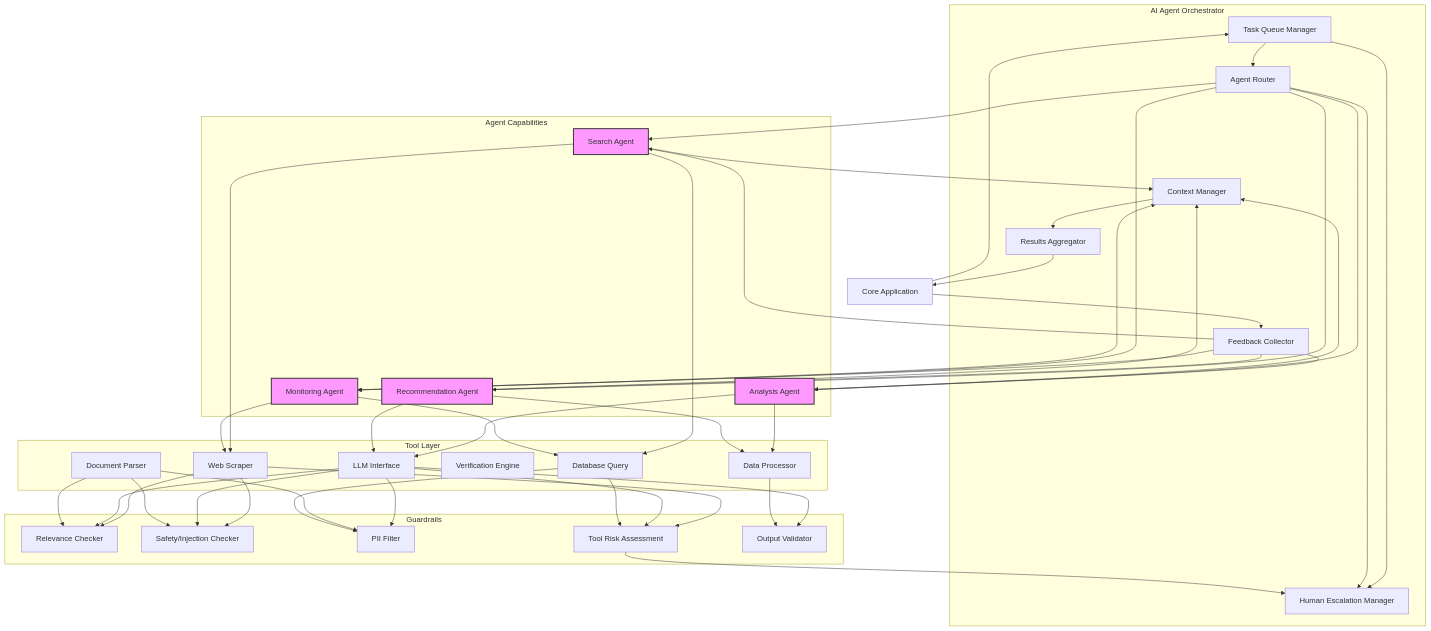
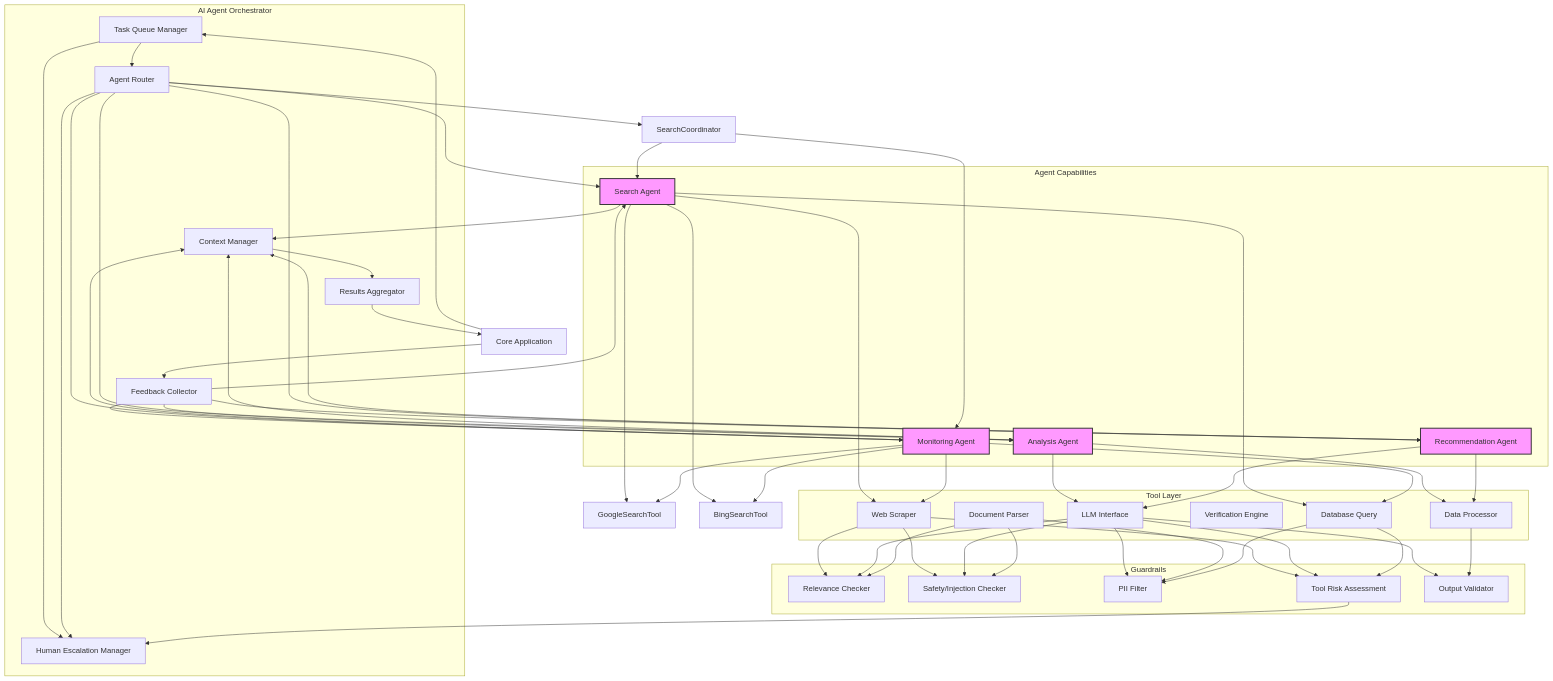
One commit to iAli61/investment_agent changed the third of 5 diagrams in RDP-Agents.md. Above: the diagram before and after it, drawn with Mermaid. The commit also changed other lines of this file and 42 other files, not shown here.

```diff
--- a/RDP-Agents.md
+++ b/RDP-Agents.md
@@ -269,10 +279,18 @@
     AgentRouter --> MonitoringAgent
     AgentRouter --> RecommendationAgent
     
+    AgentRouter --> SearchCoordinator
+    SearchCoordinator --> SearchAgent
+    SearchCoordinator --> MonitoringAgent
+    
+    SearchAgent --> GoogleSearchTool
+    SearchAgent --> BingSearchTool
     SearchAgent --> WebScraper
     SearchAgent --> DatabaseQuery
     AnalysisAgent --> LLMInterface
     AnalysisAgent --> DataProcessor
+    MonitoringAgent --> GoogleSearchTool
+    MonitoringAgent --> BingSearchTool
     MonitoringAgent --> WebScraper
     MonitoringAgent --> DatabaseQuery
     RecommendationAgent --> LLMInterface
```
